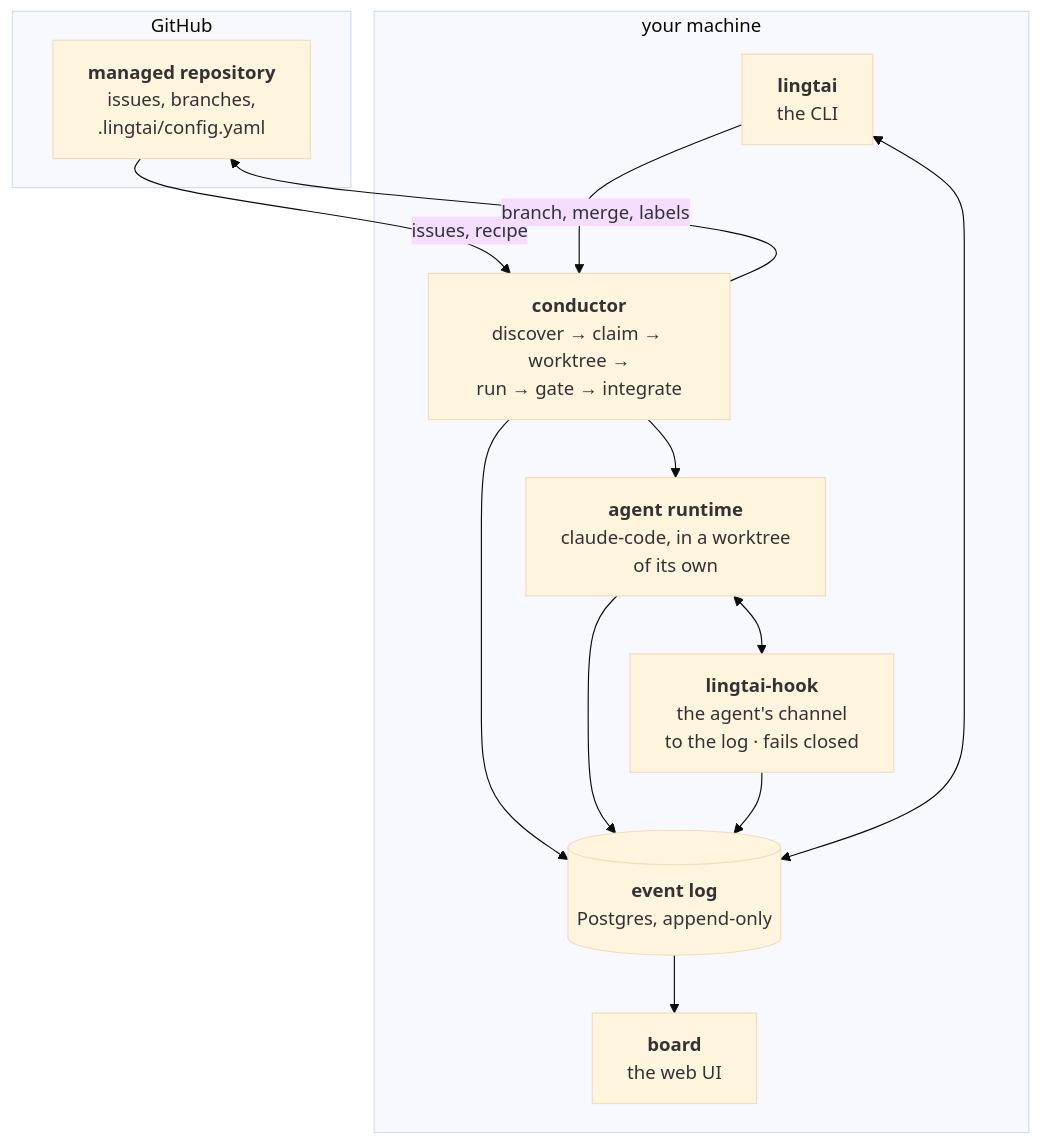
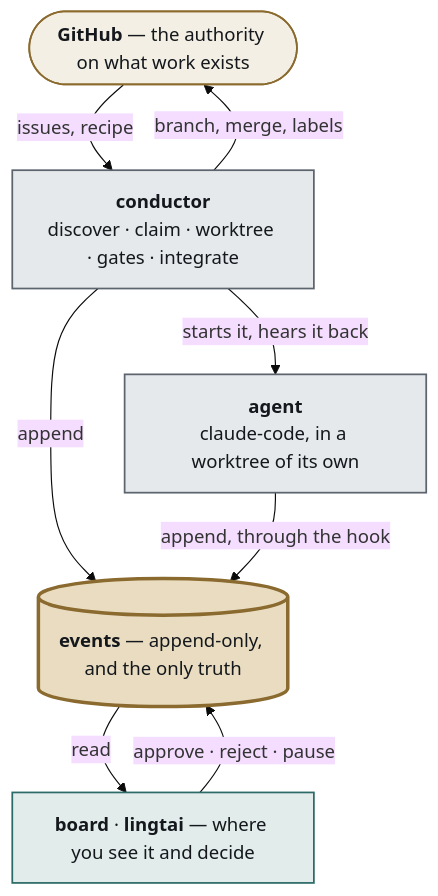
One commit to steven-zhc/lingtai changed the first of 2 diagrams in README.md. Above: the diagram before and after it, drawn with Mermaid (base theme). The commit also changed other lines of this file, not shown here.

Commit message:
docs(readme): the big picture is a funnel into the log, not a box diagram
Six boxes and ten edges inside two subgraphs, laid out top-to-bottom with the
log off to one side — a hairball that made the log look like one component
among several. It is the claim the section exists to make.

Redrawn as a funnel: GitHub at the top with its two arrows, in and out; the
conductor and the agent both appending down into one cylinder, weighted so it
reads as the centre; and the read-and-decide cycle beneath it. Five nodes,
seven edges, every one labelled. The palette matches the loop diagram below it
so the two read as a set.

Rendered and compared against three other layouts before choosing.

Claude-Session: https://claude.ai/code/session_0117TacqJzPfdv8RhKVhVskm

````diff
--- a/README.md
+++ b/README.md
@@ -46,26 +46,25 @@
 ```mermaid
 flowchart TB
-  subgraph github["GitHub"]
-    repo["<b>managed repository</b><br/>issues, branches,<br/>.lingtai/config.yaml"]
-  end
+  gh(["<b>GitHub</b> — the authority on what work exists"])
+  cond["<b>conductor</b><br/>discover · claim · worktree · gates · integrate"]
+  agent["<b>agent</b><br/>claude-code, in a worktree of its own"]
+  log[("<b>events</b> — append-only, and the only truth")]
+  you["<b>board</b> · <b>lingtai</b> — where you see it and decide"]
 
-  subgraph yours["your machine"]
-    cond["<b>conductor</b><br/>discover → claim → worktree →<br/>run → gate → integrate"]
-    agent["<b>agent runtime</b><br/>claude-code, in a worktree<br/>of its own"]
-    hook["<b>lingtai-hook</b><br/>the agent's channel<br/>to the log · fails closed"]
-    log[("<b>event log</b><br/>Postgres, append-only")]
-    cli["<b>lingtai</b><br/>the CLI"]
-    board["<b>board</b><br/>the web UI"]
-  end
+  gh -->|"issues, recipe"| cond
+  cond -->|"branch, merge, labels"| gh
+  cond -->|"starts it, hears it back"| agent
+  cond -->|"append"| log
+  agent -->|"append, through the hook"| log
+  log -->|"read"| you
+  you -->|"approve · reject · pause"| log
 
-  repo -- "issues, recipe" --> cond
-  cond -- "branch, merge, labels" --> repo
-  cond --> agent
-  agent <--> hook
-  cond --> log
-  agent --> log
-  hook --> log
-  log --> board
-  cli <--> log
-  cli --> cond
+  classDef out fill:#f3efe4,stroke:#8a6a2e,stroke-width:1.5px,color:#14181c;
+  classDef work fill:#e6e9ec,stroke:#5c646d,stroke-width:1.5px,color:#14181c;
+  classDef truth fill:#e9dcc0,stroke:#8a6a2e,stroke-width:3px,color:#14181c;
+  classDef read fill:#e2ecea,stroke:#2c6b67,stroke-width:1.5px,color:#14181c;
+  class gh out;
+  class cond,agent work;
+  class log truth;
+  class you read;
 ```
````
